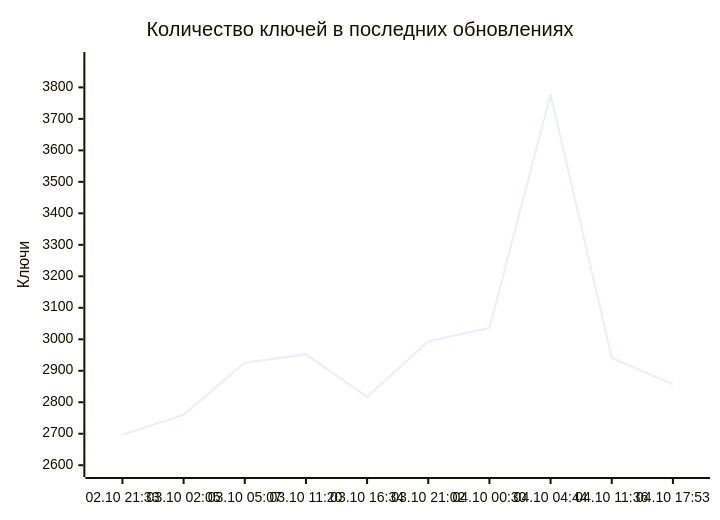
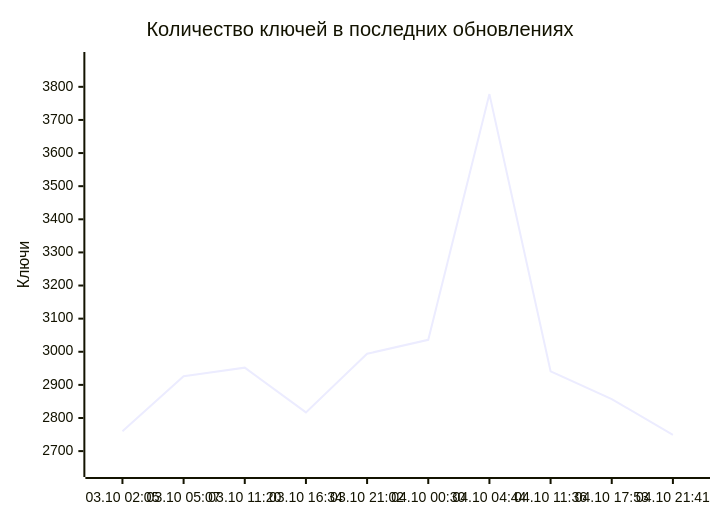
One commit to markKikhtenko/WireVeil changed the diagram in README.md. Above: the diagram before and after it, drawn with Mermaid. The commit also changed other lines of this file and 13 other files, not shown here.

````diff
--- a/README.md
+++ b/README.md
@@ -55,7 +55,7 @@
 ```mermaid
 xychart-beta
     title "Количество ключей в последних обновлениях"
-    x-axis ["02.10 21:33", "03.10 02:05", "03.10 05:07", "03.10 11:20", "03.10 16:34", "03.10 21:02", "04.10 00:30", "04.10 04:44", "04.10 11:36", "04.10 17:53"]
-    y-axis "Ключи" 2588 --> 3887
-    line [2697, 2760, 2926, 2952, 2817, 2994, 3036, 3778, 2941, 2857]
+    x-axis ["03.10 02:05", "03.10 05:07", "03.10 11:20", "03.10 16:34", "03.10 21:02", "04.10 00:30", "04.10 04:44", "04.10 11:36", "04.10 17:53", "04.10 21:41"]
+    y-axis "Ключи" 2646 --> 3881
+    line [2760, 2926, 2952, 2817, 2994, 3036, 3778, 2941, 2857, 2749]
 ```
````
